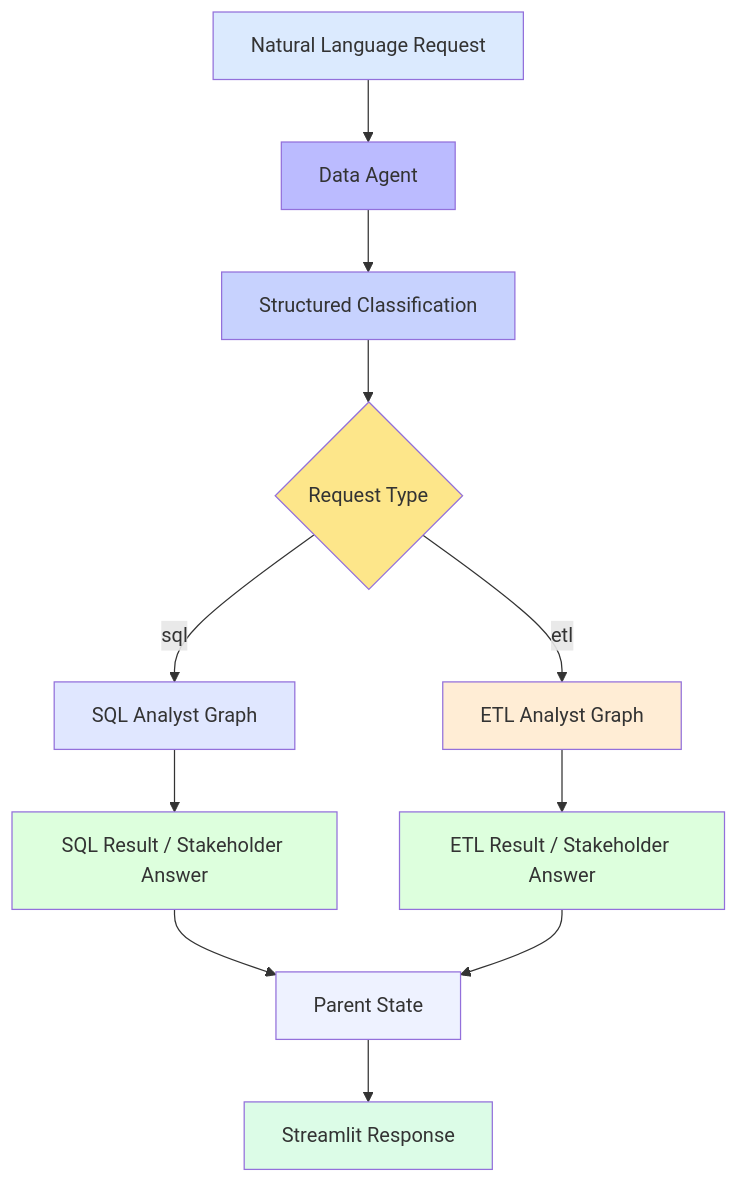
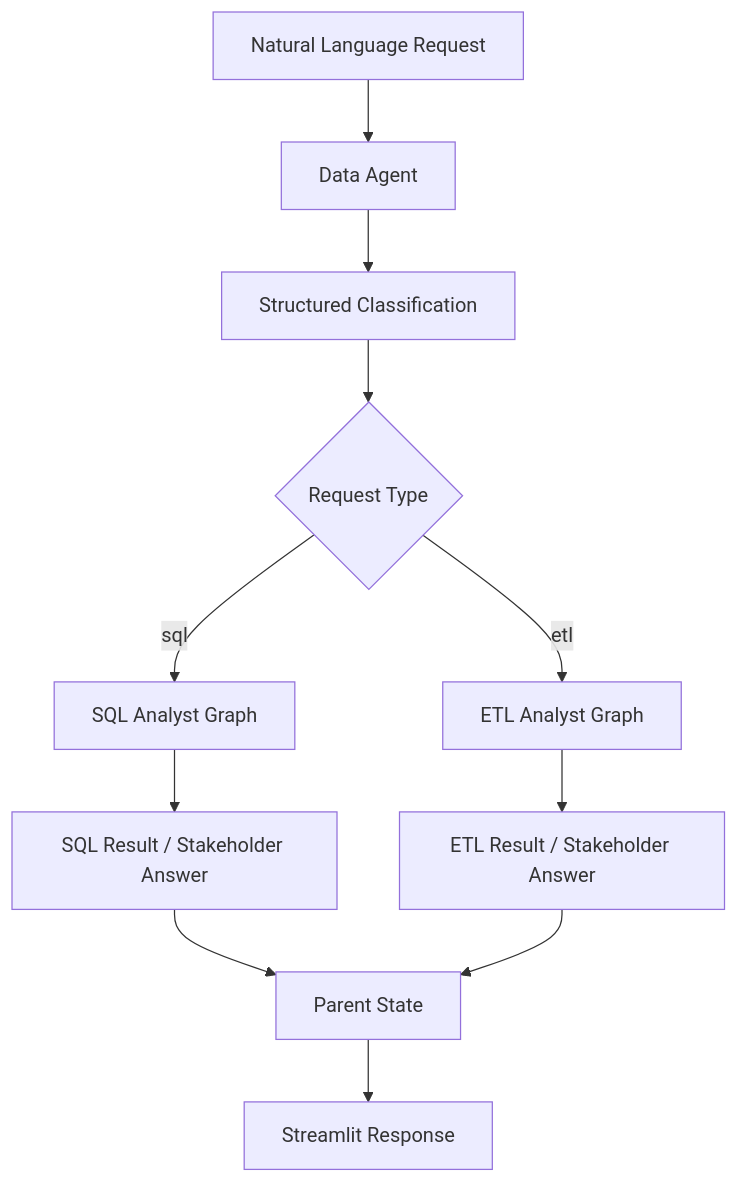
The second of 6 diagrams in README.md (swapniltake1/Agentic-AI-Based-Multi-Source-Data-Retrieval-and-Stakeholder-Intelligence-Platform), drawn with Mermaid before and after one commit. The commit also changed other lines of this file, not shown here.

````diff
--- a/README.md
+++ b/README.md
@@ -79,24 +65,13 @@
 ```mermaid
 flowchart TD
     A["Natural Language Request"] --> B["Data Agent"]
     B --> C["Structured Classification"]
     C --> D{"Request Type"}
     D -->|sql| E["SQL Analyst Graph"]
     D -->|etl| F["ETL Analyst Graph"]
     E --> G["SQL Result / Stakeholder Answer"]
     F --> H["ETL Result / Stakeholder Answer"]
     G --> I["Parent State"]
     H --> I
     I --> J["Streamlit Response"]
-
-    style A fill:#dbeafe
-    style B fill:#bbf
-    style C fill:#c7d2fe
-    style D fill:#fde68a
-    style E fill:#e0e7ff
-    style F fill:#ffedd5
-    style G fill:#dfd
-    style H fill:#dfd
-    style I fill:#eef2ff
-    style J fill:#dcfce7
 ```
````
